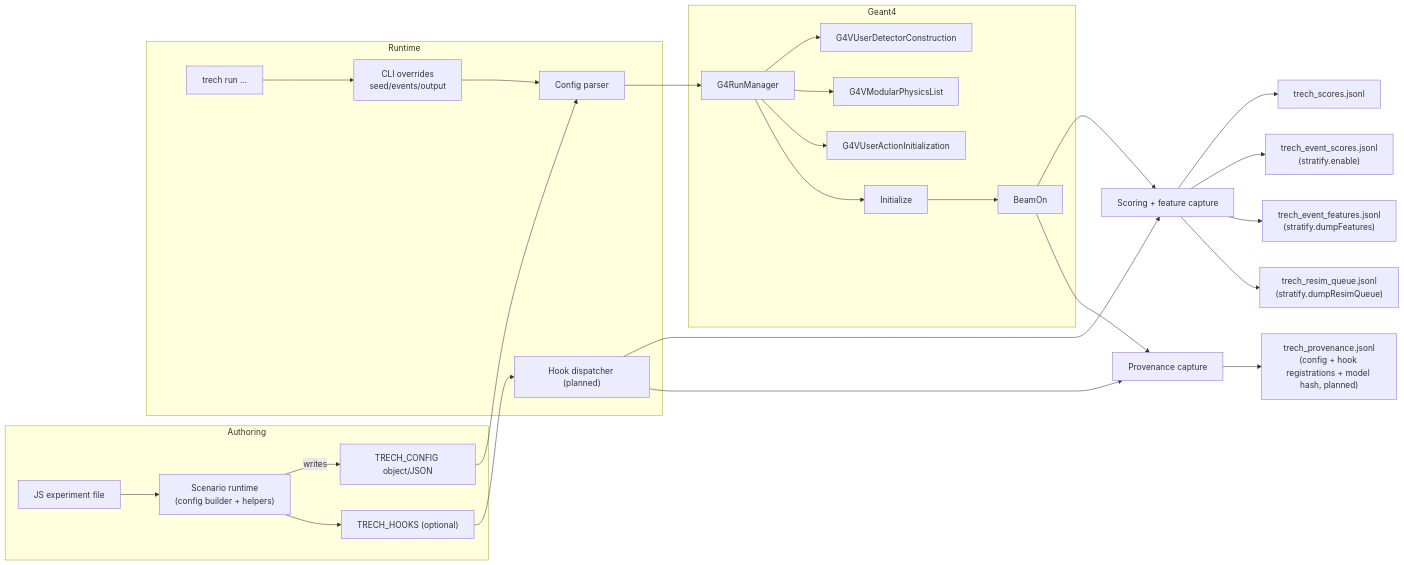
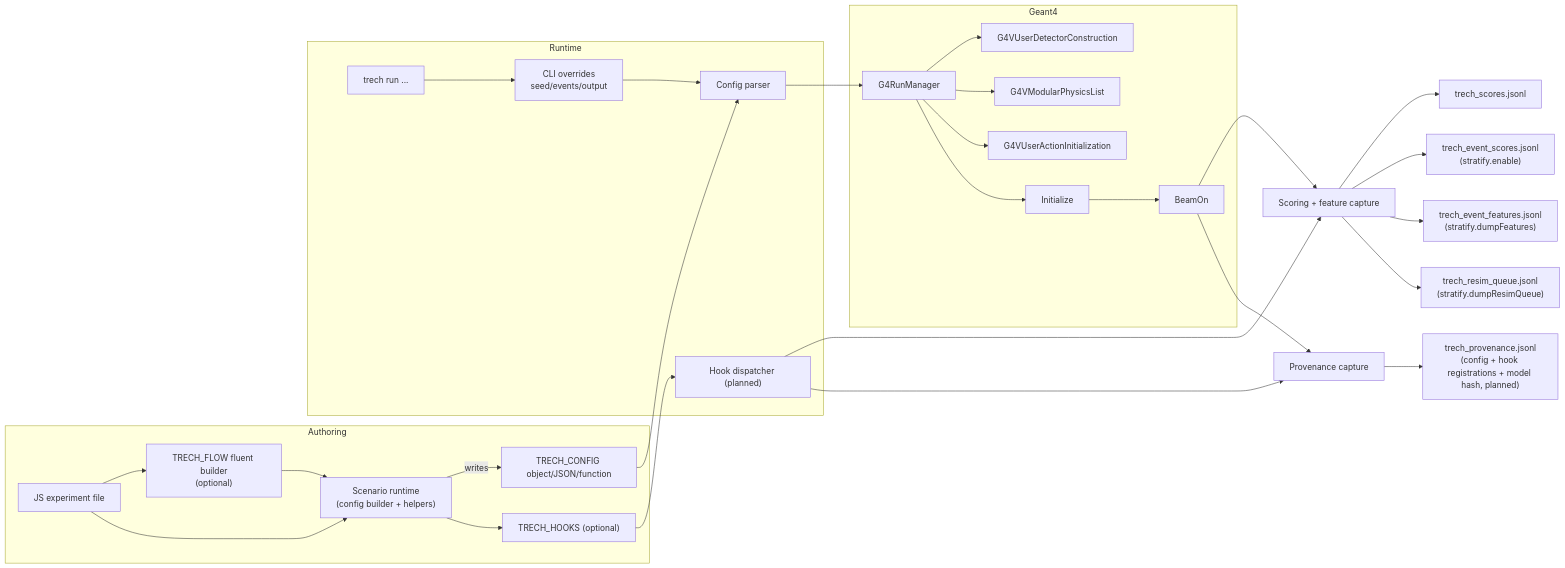
The first of 8 diagrams in CHARTS.md (Geckos-Ink/trech), drawn with Mermaid before and after one commit. The commit also changed other lines of this file and 7 other files, not shown here.

First line of the commit message:
Implemented a flow-oriented JS

````diff
--- a/CHARTS.md
+++ b/CHARTS.md
@@ -9,31 +9,33 @@
 ```mermaid
 flowchart LR
   subgraph Authoring
-    JS["JS experiment file"] --> SCEN["Scenario runtime\n(config builder + helpers)"]
-    SCEN -->|writes| CFG["TRECH_CONFIG object/JSON"]
+    JS["JS experiment file"] --> FLOW["TRECH_FLOW fluent builder\n(optional)"]
+    JS --> SCEN["Scenario runtime\n(config builder + helpers)"]
+    FLOW --> SCEN
+    SCEN -->|writes| CFG["TRECH_CONFIG object/JSON/function"]
     SCEN --> HOOKS["TRECH_HOOKS (optional)"]
   end
   subgraph Runtime
     CLI["trech run ..."] --> OV["CLI overrides\nseed/events/output"]
     CFG --> PARSE["Config parser"]
     OV --> PARSE
     HOOKS --> HOOKDISP["Hook dispatcher (planned)"]
   end
   subgraph Geant4
     PARSE --> RM["G4RunManager"]
     RM --> DET["G4VUserDetectorConstruction"]
     RM --> PHY["G4VModularPhysicsList"]
     RM --> ACT["G4VUserActionInitialization"]
     RM --> INIT["Initialize"]
     INIT --> BEAM["BeamOn"]
   end
   BEAM --> SCORE["Scoring + feature capture"]
   BEAM --> PROV["Provenance capture"]
   HOOKDISP --> SCORE
   HOOKDISP --> PROV
   SCORE --> OUT1["trech_scores.jsonl"]
   SCORE --> OUT2["trech_event_scores.jsonl\n(stratify.enable)"]
   SCORE --> OUT3["trech_event_features.jsonl\n(stratify.dumpFeatures)"]
   SCORE --> OUT4["trech_resim_queue.jsonl\n(stratify.dumpResimQueue)"]
   PROV --> OUT5["trech_provenance.jsonl\n(config + hook registrations + model hash, planned)"]
 ```
````
